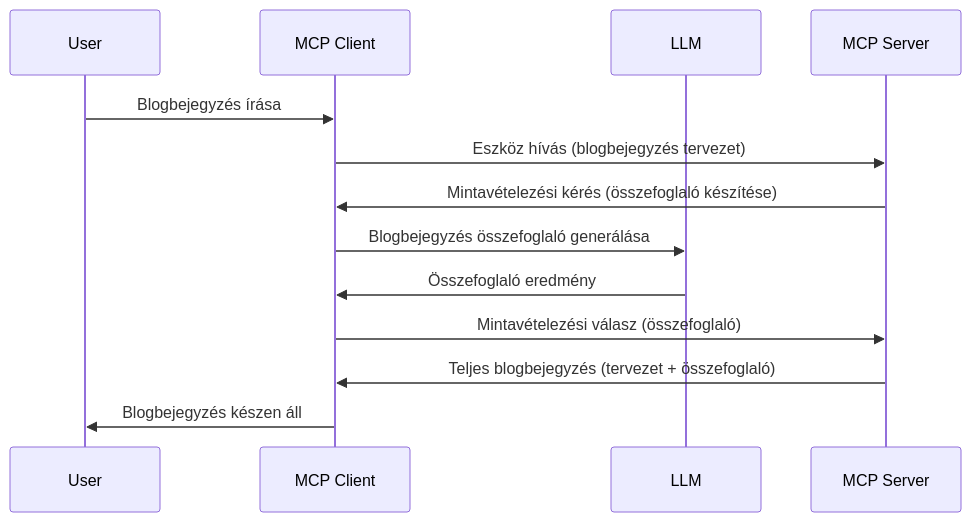
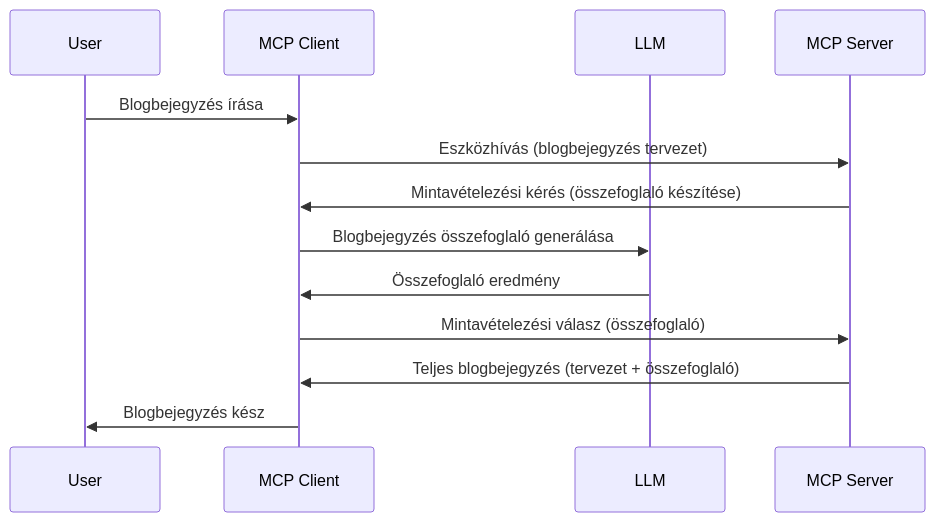
The diagram in mcp_ecosystem__model_context_protocol/mcp_learning_resources/mcp-for-beginners/translations/hu/03-GettingStarted/14-sampling/README.md (HIDORAKAI002/ai-workspace-archive), drawn with Mermaid before and after one commit. The commit also changed other lines of this file and 1539 other files, not shown here.

````diff
--- a/mcp_ecosystem__model_context_protocol/mcp_learning_resources/mcp-for-beginners/translations/hu/03-GettingStarted/14-sampling/README.md
+++ b/mcp_ecosystem__model_context_protocol/mcp_learning_resources/mcp-for-beginners/translations/hu/03-GettingStarted/14-sampling/README.md
@@ -23,16 +23,16 @@
 ```mermaid
 sequenceDiagram
     participant User
     participant MCP Client
     participant LLM
     participant MCP Server
 
     User->>MCP Client: Blogbejegyzés írása
-    MCP Client->>MCP Server: Eszköz hívás (blogbejegyzés tervezet)
+    MCP Client->>MCP Server: Eszközhívás (blogbejegyzés tervezet)
     MCP Server->>MCP Client: Mintavételezési kérés (összefoglaló készítése)
     MCP Client->>LLM: Blogbejegyzés összefoglaló generálása
     LLM->>MCP Client: Összefoglaló eredmény
     MCP Client->>MCP Server: Mintavételezési válasz (összefoglaló)
     MCP Server->>MCP Client: Teljes blogbejegyzés (tervezet + összefoglaló)
-    MCP Client->>User: Blogbejegyzés készen áll
+    MCP Client->>User: Blogbejegyzés kész
 ```
````
